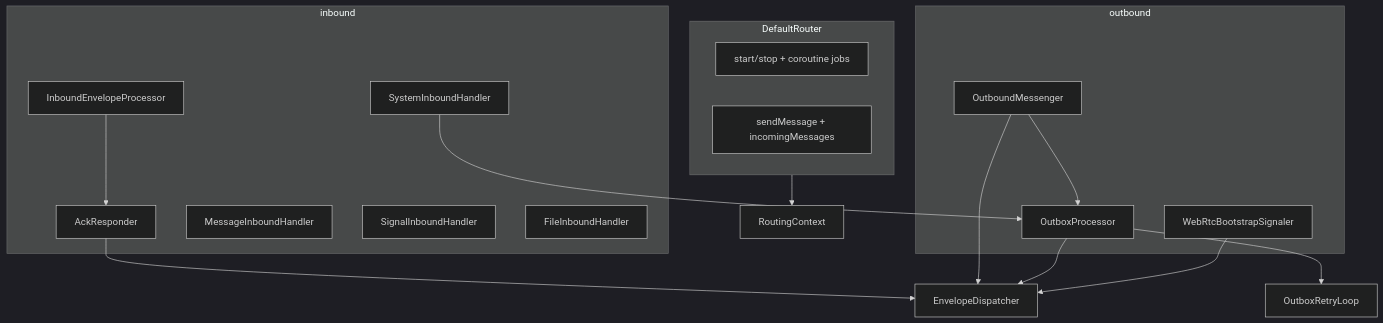
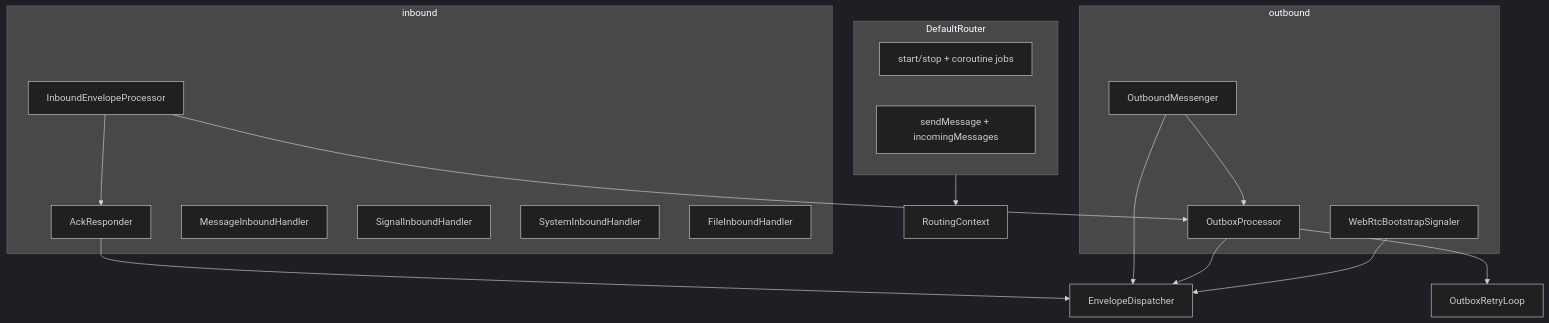
The diagram in docs/router.md (kswiorek/YapYap), drawn with Mermaid (dark theme) before and after one commit. The commit also changed other lines of this file and 10 other files, not shown here.

````diff
--- a/docs/router.md
+++ b/docs/router.md
@@ -41,36 +41,36 @@
 ```mermaid
 flowchart TB
     subgraph facade [DefaultRouter]
         lifecycle[start/stop + coroutine jobs]
         API[sendMessage + incomingMessages]
     end
 
     subgraph inbound [inbound]
         IEP[InboundEnvelopeProcessor]
         AR[AckResponder]
         MH[MessageInboundHandler]
         SH[SignalInboundHandler]
         SYH[SystemInboundHandler]
         FH[FileInboundHandler]
     end
 
     subgraph outbound [outbound]
         OM[OutboundMessenger]
         OP[OutboxProcessor]
         WBS[WebRtcBootstrapSignaler]
     end
 
     RC[RoutingContext]
     ED[EnvelopeDispatcher]
     ORL[OutboxRetryLoop]
 
     facade --> RC
     AR --> ED
     OM --> ED
     OP --> ED
     WBS --> ED
     IEP --> AR
-    SYH --> OP
+    IEP --> OP
     OM --> OP
     OP --> ORL
 ```
````
